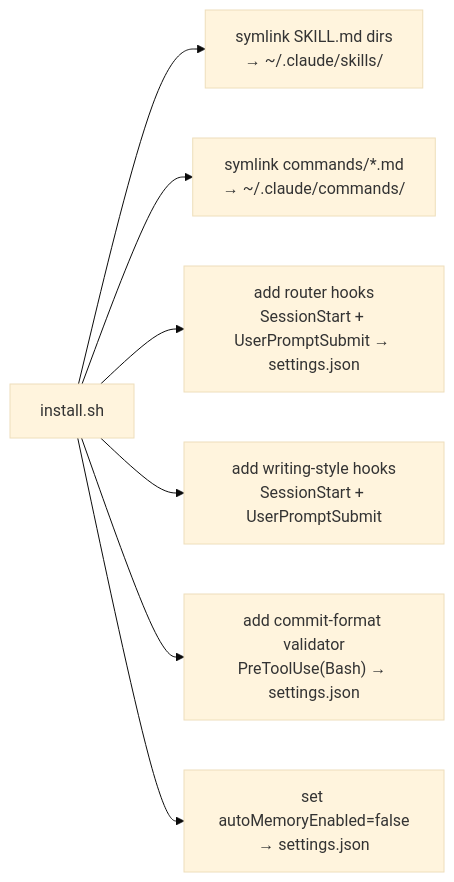
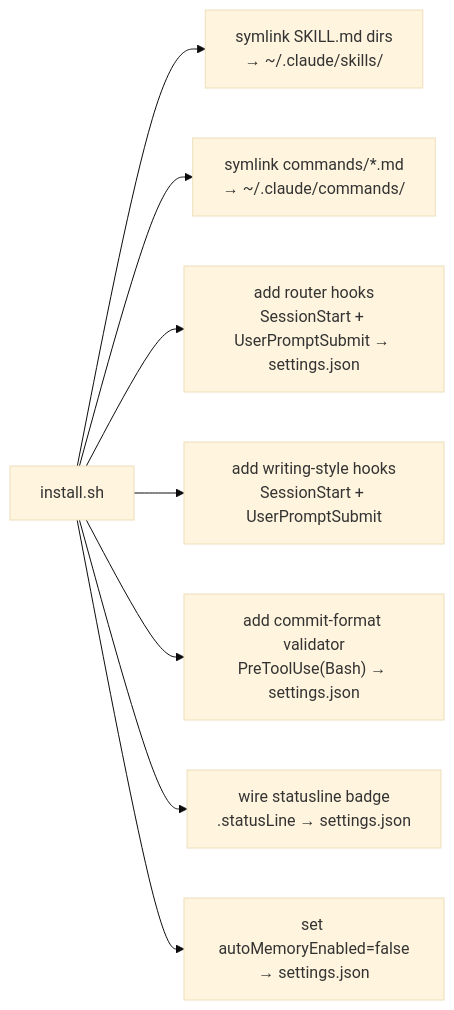
One commit to ubunish/nish-ai changed the first of 3 diagrams in README.md. Above: the diagram before and after it, drawn with Mermaid (base theme). The commit also changed other lines of this file and 1 other file, not shown here.

Commit message:
feat: wire statusline badge in installer

````diff
--- a/README.md
+++ b/README.md
@@ -73,9 +73,10 @@
 ```mermaid
 flowchart LR
     I["install.sh"] --> S["symlink SKILL.md dirs<br/>→ ~/.claude/skills/"]
     I --> C["symlink commands/*.md<br/>→ ~/.claude/commands/"]
     I --> HR["add router hooks<br/>SessionStart + UserPromptSubmit → settings.json"]
     I --> HS["add writing-style hooks<br/>SessionStart + UserPromptSubmit"]
     I --> HV["add commit-format validator<br/>PreToolUse(Bash) → settings.json"]
+    I --> SL["wire statusline badge<br/>.statusLine → settings.json"]
     I --> M["set autoMemoryEnabled=false<br/>→ settings.json"]
 ```
````
